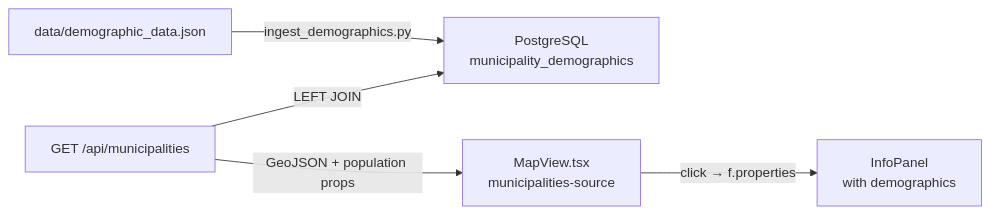
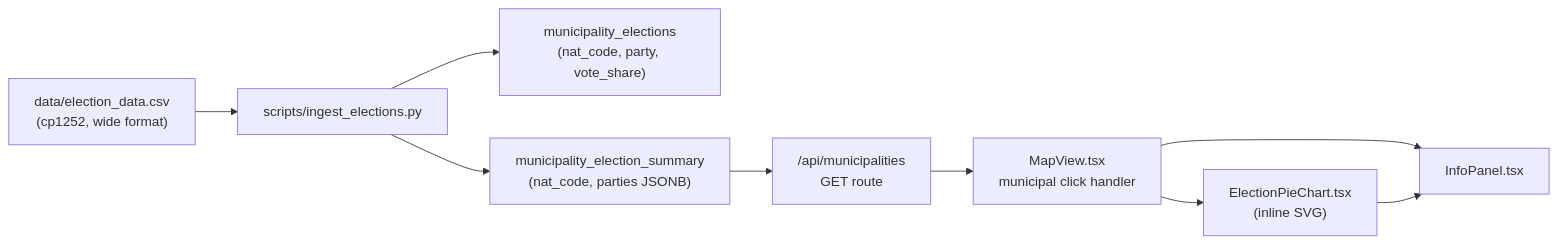
Before and after one commit to Hylje5000/aurora: the diagram in MODIFICATION_DESIGN.md, drawn with Mermaid. The commit also changed other lines of this file and 12 other files, not shown here.

First line of the commit message:
feat(map): display 2023 election pie chart in municipality InfoPanel

````diff
--- a/MODIFICATION_DESIGN.md
+++ b/MODIFICATION_DESIGN.md
@@ -76,7 +197,20 @@
 ```mermaid
-flowchart LR
-    A["data/demographic_data.json"] -->|"ingest_demographics.py"| B["PostgreSQL\nmunicipality_demographics"]
-    C["GET /api/municipalities"] -->|"LEFT JOIN"| B
-    C -->|"GeoJSON + population props"| D["MapView.tsx\nmunicipalities-source"]
-    D -->|"click → f.properties"| E["InfoPanel\nwith demographics"]
+graph LR
+    CSV["data/election_data.csv\n(cp1252, wide format)"]
+    Script["scripts/ingest_elections.py"]
+    ElectionsTable["municipality_elections\n(nat_code, party, vote_share)"]
+    SummaryTable["municipality_election_summary\n(nat_code, parties JSONB)"]
+    API["/api/municipalities\nGET route"]
+    MapView["MapView.tsx\nmunicipal click handler"]
+    InfoPanel["InfoPanel.tsx"]
+    PieChart["ElectionPieChart.tsx\n(inline SVG)"]
+
+    CSV --> Script
+    Script --> ElectionsTable
+    Script --> SummaryTable
+    SummaryTable --> API
+    API --> MapView
+    MapView --> InfoPanel
+    MapView --> PieChart
+    PieChart --> InfoPanel
 ```
````
